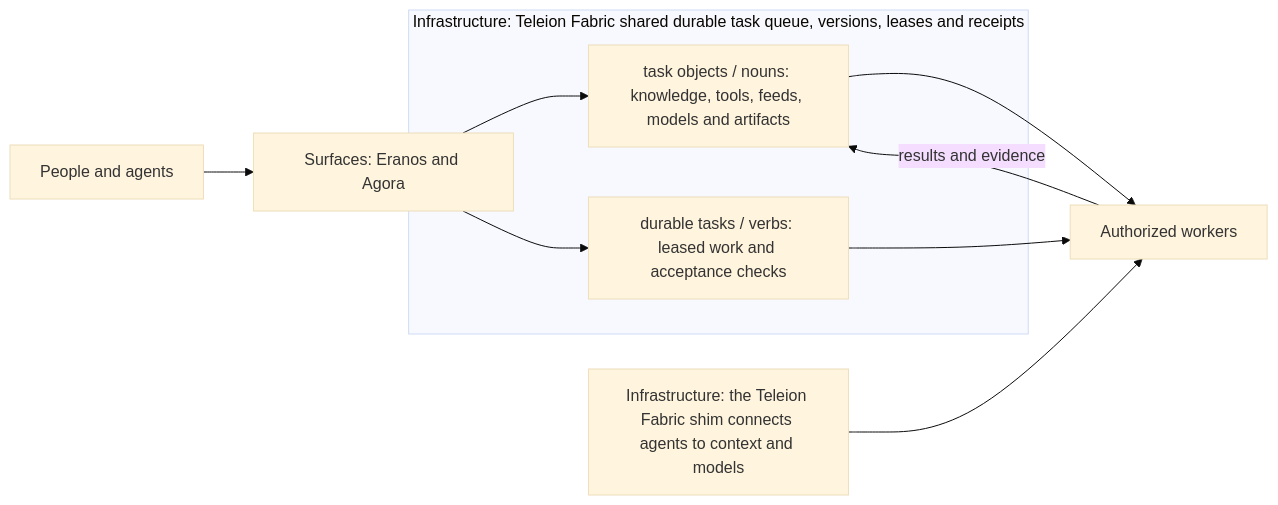
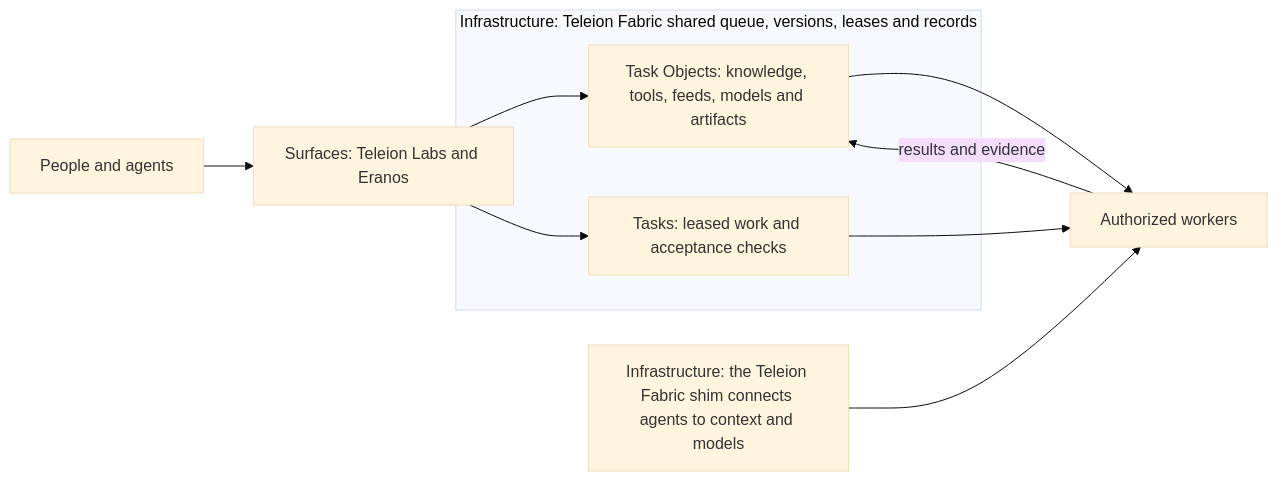
Before and after one commit to ta-amps/agora-public-overview-architecture-setup-and-contribution: the diagram in README.md, drawn with Mermaid (base theme). The commit also changed other lines of this file and 20 other files, not shown here.

````diff
--- a/README.md
+++ b/README.md
@@ -173,14 +102,14 @@
 ```mermaid
 flowchart LR
-    A[People and agents] --> P[Surfaces: Eranos and Agora]
-    subgraph T[Infrastructure: Teleion Fabric shared durable task queue, versions, leases and receipts]
-      N[task objects / nouns: knowledge, tools, feeds, models and artifacts]
-      V[durable tasks / verbs: leased work and acceptance checks]
+    A[People and agents] --> P[Surfaces: Teleion Labs and Eranos]
+    subgraph T[Infrastructure: Teleion Fabric shared queue, versions, leases and records]
+      N[Task Objects: knowledge, tools, feeds, models and artifacts]
+      V[Tasks: leased work and acceptance checks]
     end
     P --> N
     P --> V
     N --> W[Authorized workers]
     V --> W
     H[Infrastructure: the Teleion Fabric shim connects agents to context and models] --> W
     W -->|results and evidence| N
 ```
````
